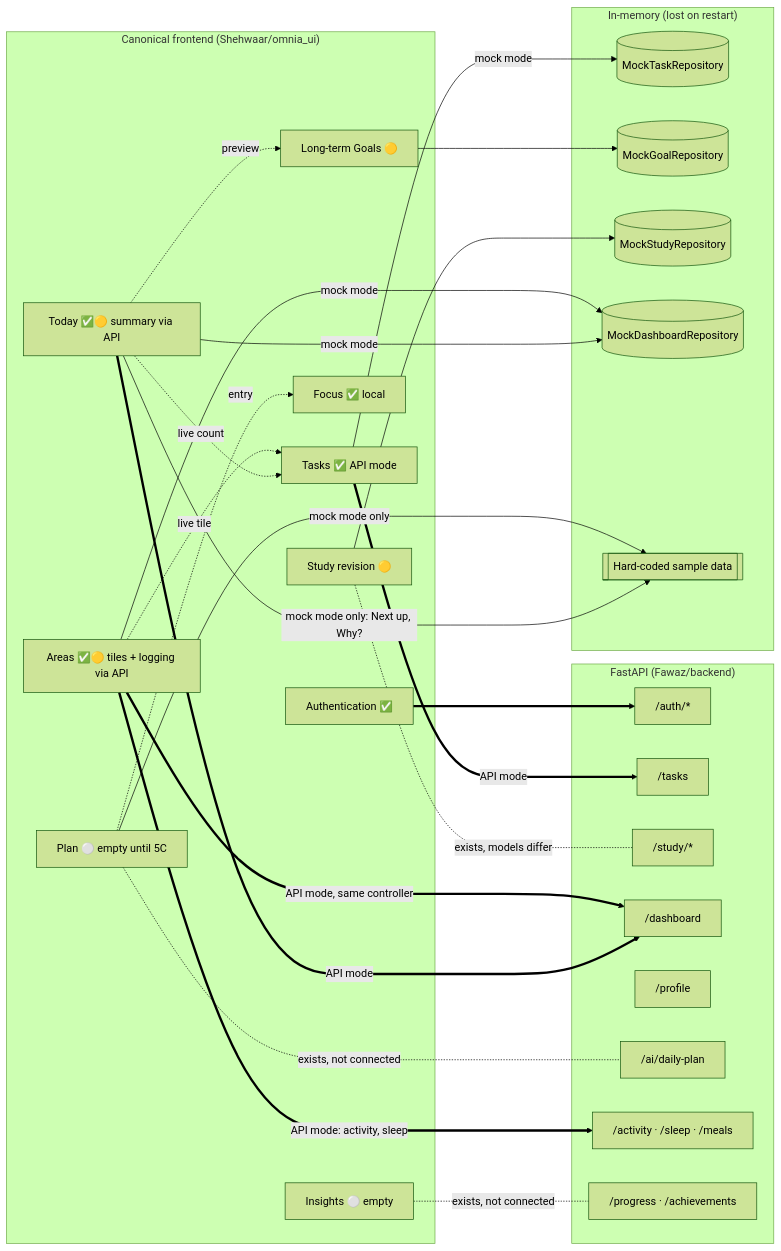
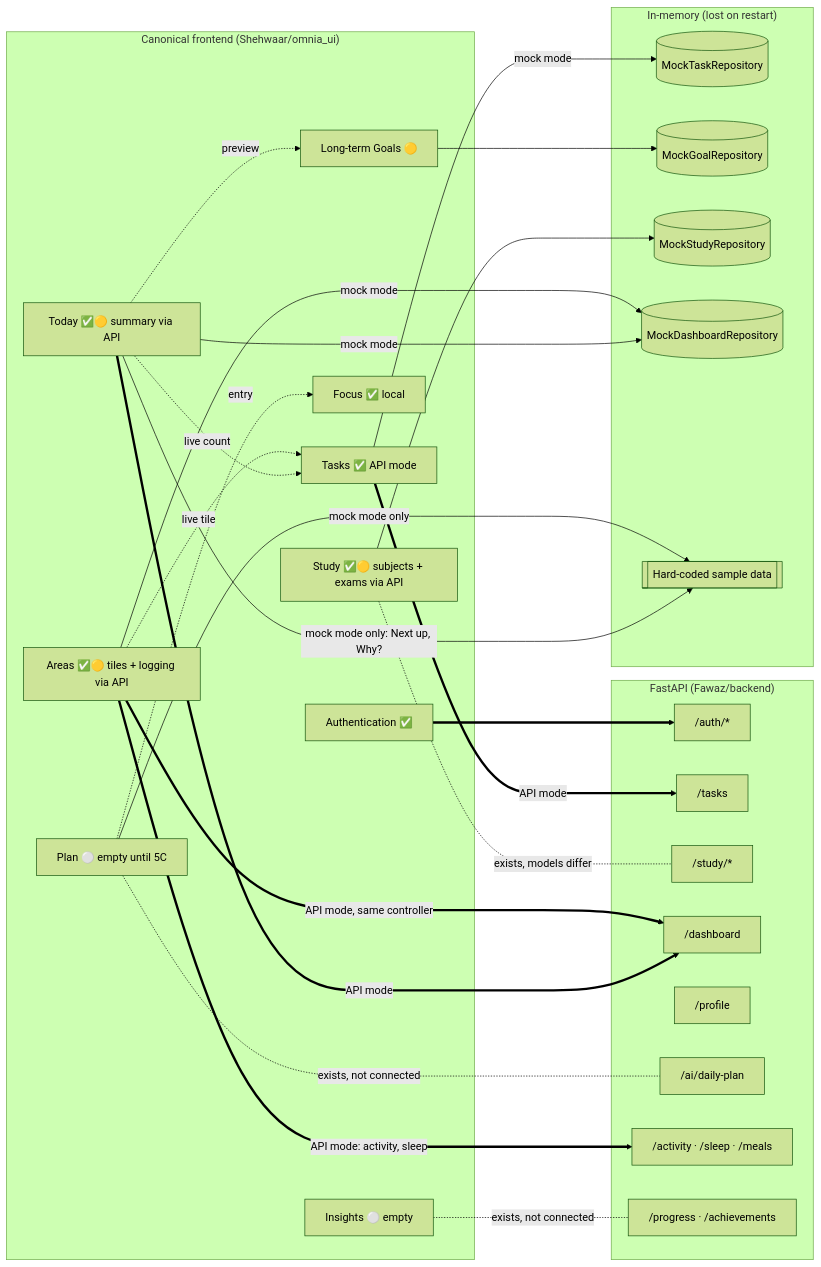
The diagram in docs/omnia-vault/Current Status.md (Gaoher-1207/omnia), drawn with Mermaid (forest theme) before and after one commit. The commit also changed other lines of this file and 28 other files, not shown here.

Commit message:
Integrate Study with backend API

````diff
--- a/docs/omnia-vault/Current Status.md
+++ b/docs/omnia-vault/Current Status.md
@@ -17,52 +17,52 @@
 ```mermaid
 flowchart LR
     subgraph FE["Canonical frontend (Shehwaar/omnia_ui)"]
         AUTH["Authentication ✅"]
         TASKS["Tasks ✅ API mode"]
         GOALS["Long-term Goals 🟡"]
         FOCUS["Focus ✅ local"]
-        STUDY["Study revision 🟡"]
+        STUDY["Study ✅🟡 subjects + exams via API"]
         HOME["Today ✅🟡 summary via API"]
         PLAN["Plan ⚪ empty until 5C"]
         TRACK["Areas ✅🟡 tiles + logging via API"]
         INS["Insights ⚪ empty"]
     end
     subgraph Local["In-memory (lost on restart)"]
         MT[(MockTaskRepository)]
         MG[(MockGoalRepository)]
         MS[(MockStudyRepository)]
         MD[(MockDashboardRepository)]
         SD[["Hard-coded sample data"]]
     end
     subgraph BE["FastAPI (Fawaz/backend)"]
         A1["/auth/*"]
         T1["/tasks"]
         S1["/study/*"]
         D1["/dashboard"]
         PF["/profile"]
         P1["/ai/daily-plan"]
         TR["/activity · /sleep · /meals"]
         PR["/progress · /achievements"]
     end
 
     AUTH ==> A1
     TASKS -->|mock mode| MT
     TASKS ==>|API mode| T1
     GOALS --> MG
     STUDY --> MS
     HOME -->|mock mode| MD
     HOME ==>|API mode| D1
     HOME -->|mock mode only: Next up, Why?| SD
     PLAN -->|mock mode only| SD
     TRACK -->|mock mode| MD
     TRACK ==>|API mode, same controller| D1
     HOME -.->|live count| TASKS
     HOME -.->|preview| GOALS
     TRACK -.->|live tile| TASKS
     PLAN -.->|entry| FOCUS
 
     STUDY -.-|exists, models differ| S1
     PLAN -.-|exists, not connected| P1
     TRACK ==>|API mode: activity, sleep| TR
     INS -.-|exists, not connected| PR
 ```
````
